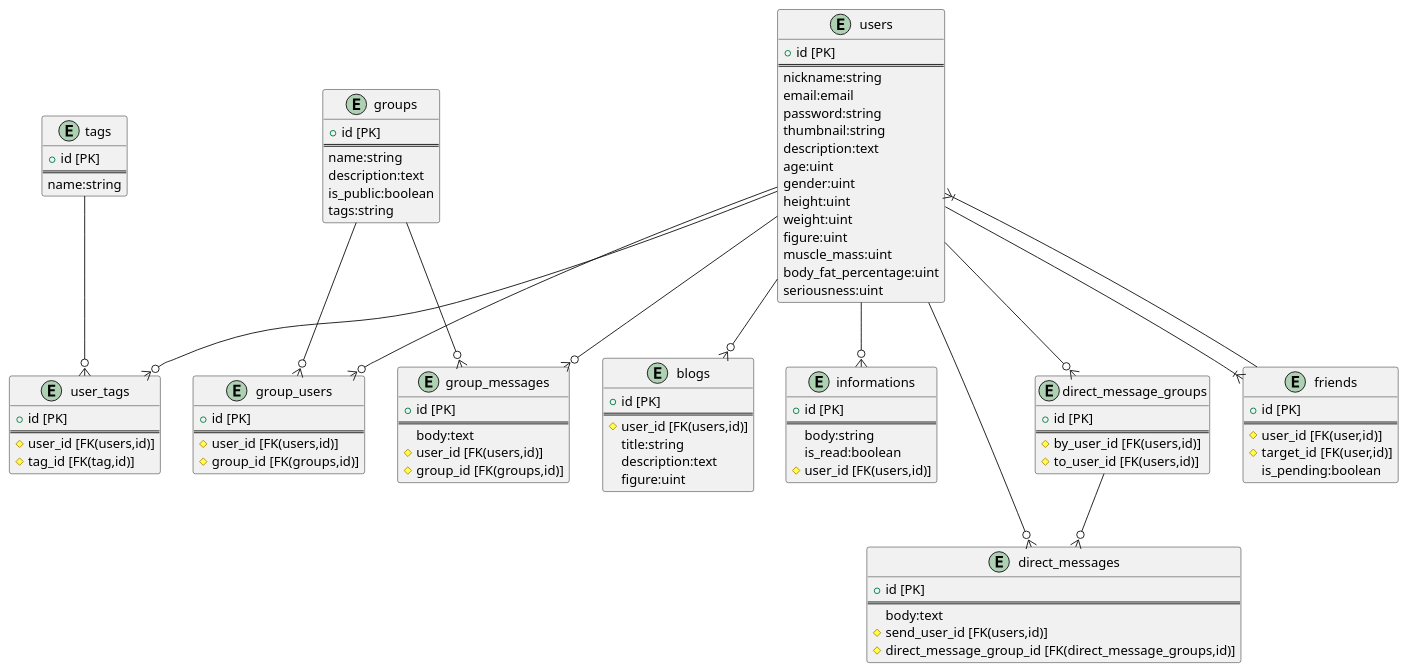
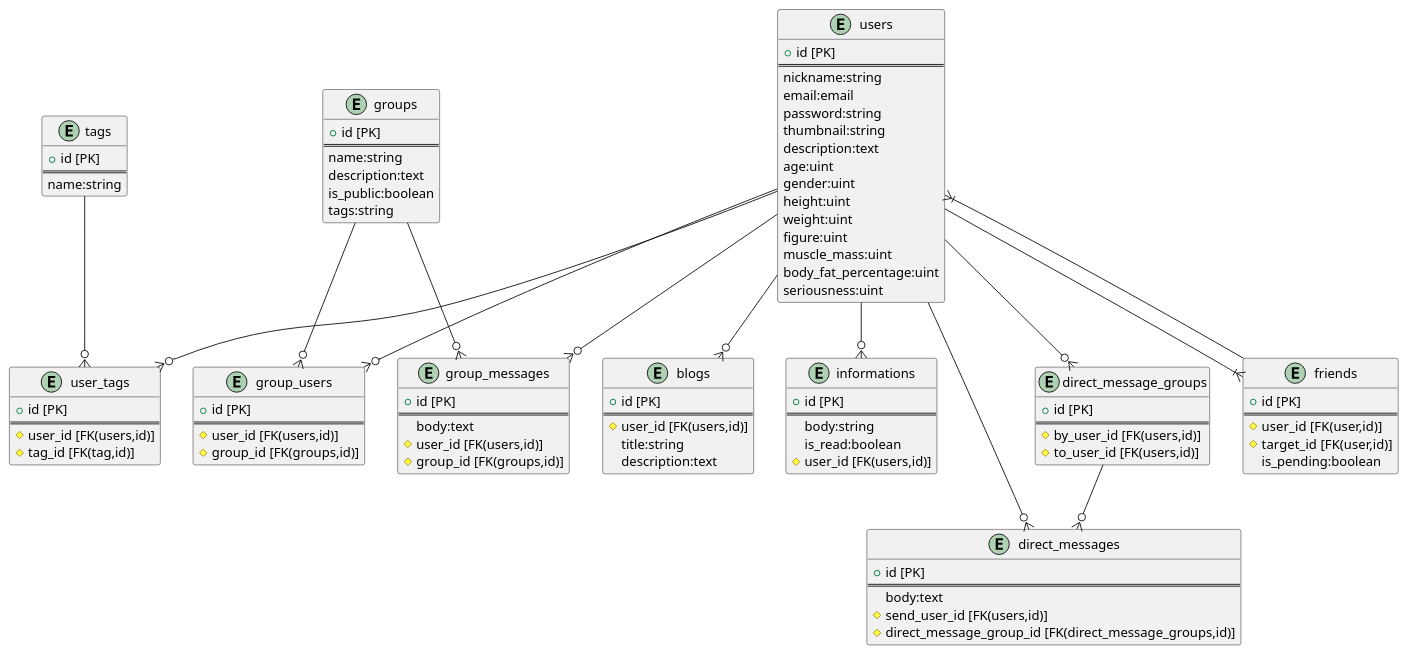
The diagram in docs/ER.md (NAKKA-K/musclers), drawn with PlantUML before and after one commit.

Commit message:
[修正]ミスしたfigureカラムを削除

```diff
--- a/docs/ER.md
+++ b/docs/ER.md
@@ -108,7 +108,6 @@
     # user_id [FK(users,id)]
     title:string
     description:text
-    figure:uint
 }
 users --o{ blogs
 
```
